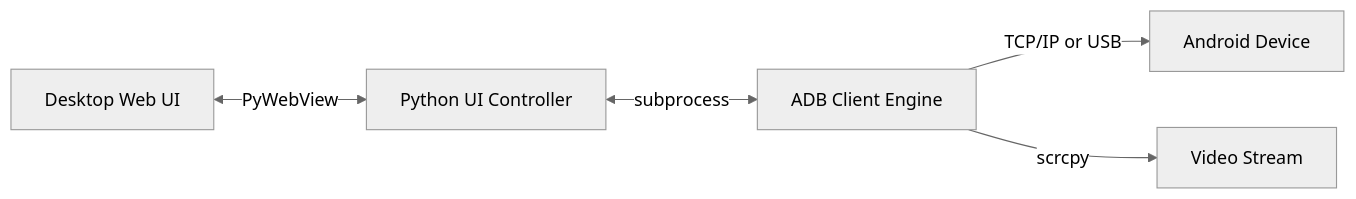
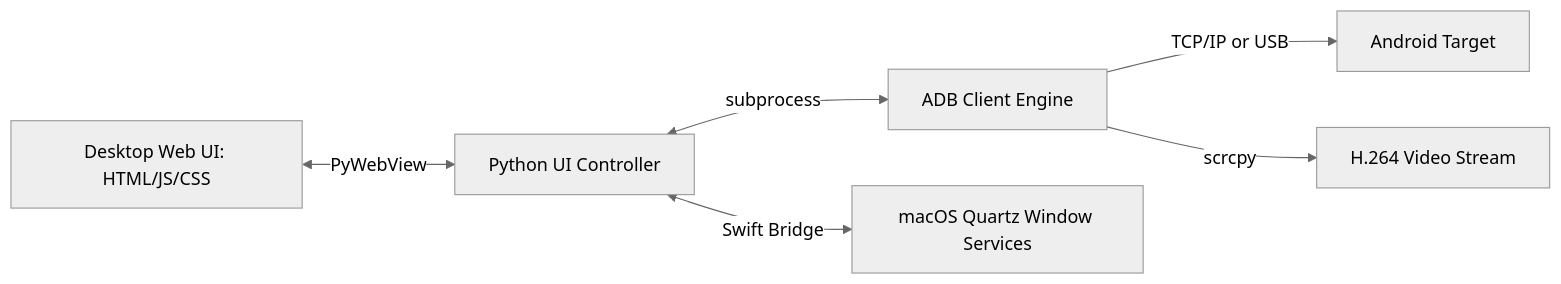
Before and after one commit to krsna016/ConnectPhone: the diagram in README.md, drawn with Mermaid (neutral theme). The commit also changed other lines of this file and 1 other file, not shown here.

Commit message:
docs: 10-phase engineering audit, README reconstruction, and adb_client unit tests

````diff
--- a/README.md
+++ b/README.md
@@ -95,7 +22,8 @@
 ```mermaid
 graph LR
-    UI[Desktop Web UI] <-->|PyWebView| Controller[Python UI Controller]
+    UI[Desktop Web UI: HTML/JS/CSS] <-->|PyWebView| Controller[Python UI Controller]
     Controller <-->|subprocess| ADB[ADB Client Engine]
-    ADB -->|TCP/IP or USB| Android[Android Device]
-    ADB -->|scrcpy| Screen[Video Stream]
+    Controller <-->|Swift Bridge| Quartz[macOS Quartz Window Services]
+    ADB -->|TCP/IP or USB| Android[Android Target]
+    ADB -->|scrcpy| Screen[H.264 Video Stream]
 ```
````
